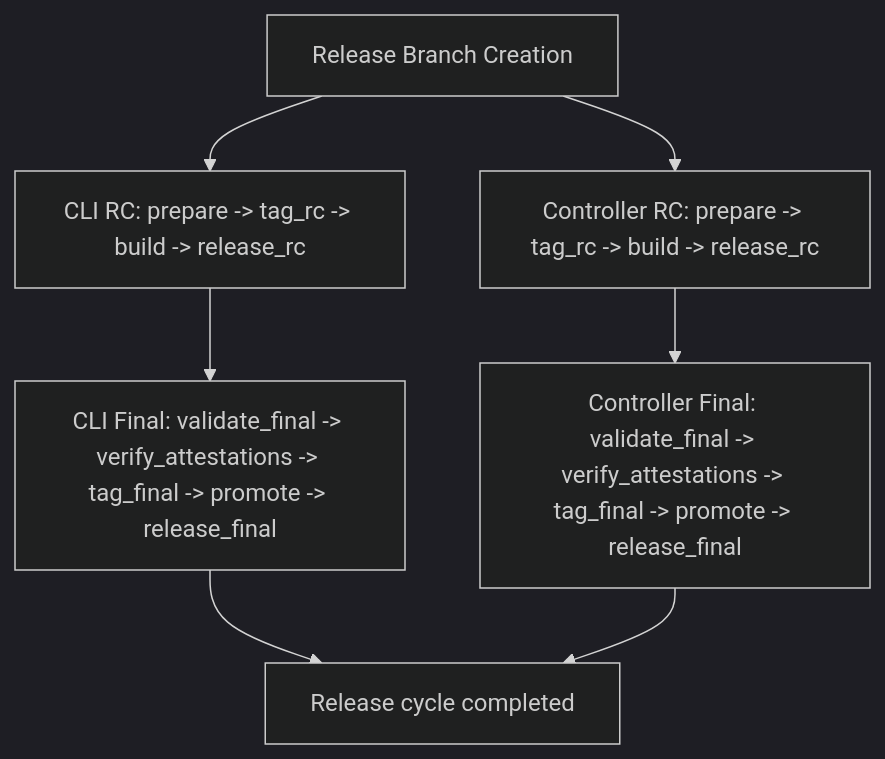
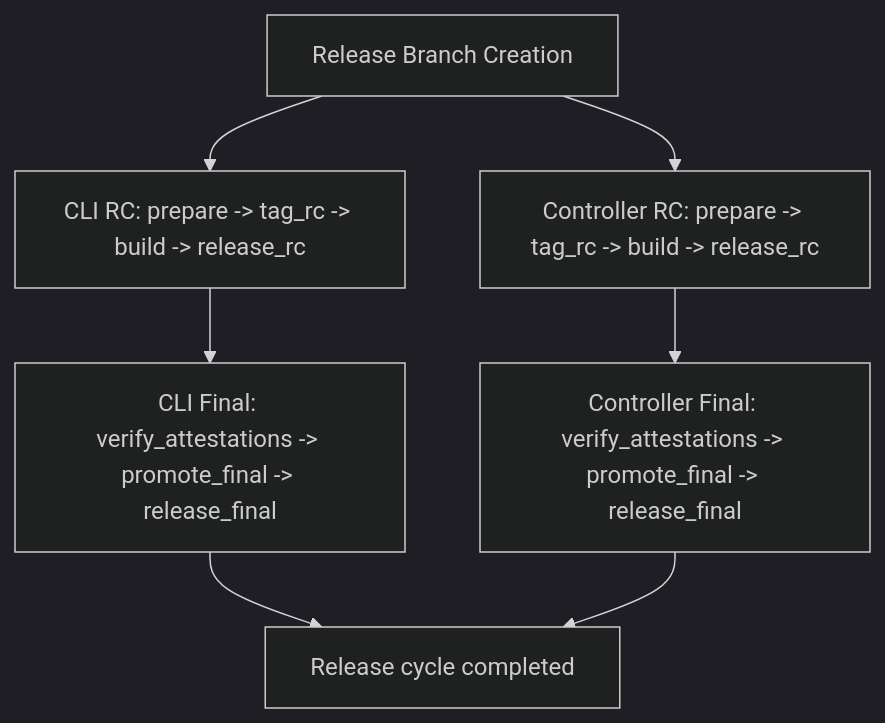
The second of 2 diagrams in RELEASE_PROCESS.md (open-component-model/open-component-model), drawn with Mermaid (dark theme) before and after one commit. The commit also changed other lines of this file, not shown here.

First line of the commit message:
removed some leftovers from release doc and adopted to final workflow layout.

````diff
--- a/RELEASE_PROCESS.md
+++ b/RELEASE_PROCESS.md
@@ -239,9 +239,9 @@
 ```mermaid
 flowchart TD
   A[Release Branch Creation] --> B[CLI RC: prepare -> tag_rc -> build -> release_rc]
   A --> C[Controller RC: prepare -> tag_rc -> build -> release_rc]
-  B --> D[CLI Final: validate_final -> verify_attestations -> tag_final -> promote -> release_final]
-  C --> E[Controller Final: validate_final -> verify_attestations -> tag_final -> promote -> release_final]
+  B --> D[CLI Final: verify_attestations -> promote_final -> release_final]
+  C --> E[Controller Final: verify_attestations -> promote_final -> release_final]
   D --> F[Release cycle completed]
   E --> F
 ```
````
